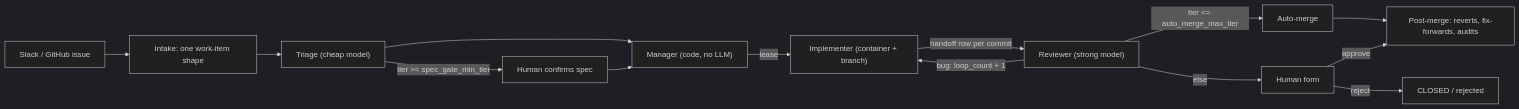
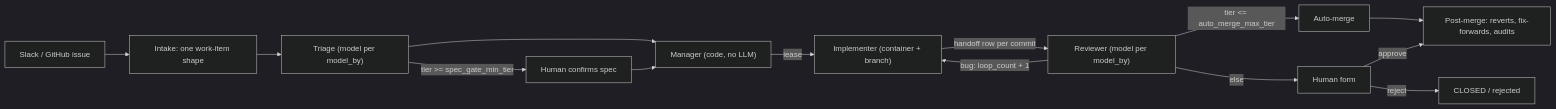
The diagram in docs/design.md (seonWKim/software-factory), drawn with Mermaid (dark theme) before and after one commit. The commit also changed other lines of this file and 1 other file, not shown here.

Commit message:
docs: model table and decision in design §4; standard in plugins.md

````diff
--- a/docs/design.md
+++ b/docs/design.md
@@ -7,16 +7,16 @@
 ```mermaid
 graph LR
   S["Slack / GitHub issue"] --> I["Intake: one work-item shape"]
-  I --> T["Triage (cheap model)"]
+  I --> T["Triage (model per model_by)"]
   T -->|"tier >= spec_gate_min_tier"| H1["Human confirms spec"]
   T --> M["Manager (code, no LLM)"]
   H1 --> M
   M -->|"lease"| W["Implementer (container + branch)"]
-  W -->|"handoff row per commit"| R["Reviewer (strong model)"]
+  W -->|"handoff row per commit"| R["Reviewer (model per model_by)"]
   R -->|"bug: loop_count + 1"| W
   R -->|"tier <= auto_merge_max_tier"| AM["Auto-merge"]
   R -->|"else"| H2["Human form"]
   H2 -->|"reject"| C["CLOSED / rejected"]
   AM --> PM["Post-merge: reverts, fix-forwards, audits"]
   H2 -->|"approve"| PM
 ```
````
